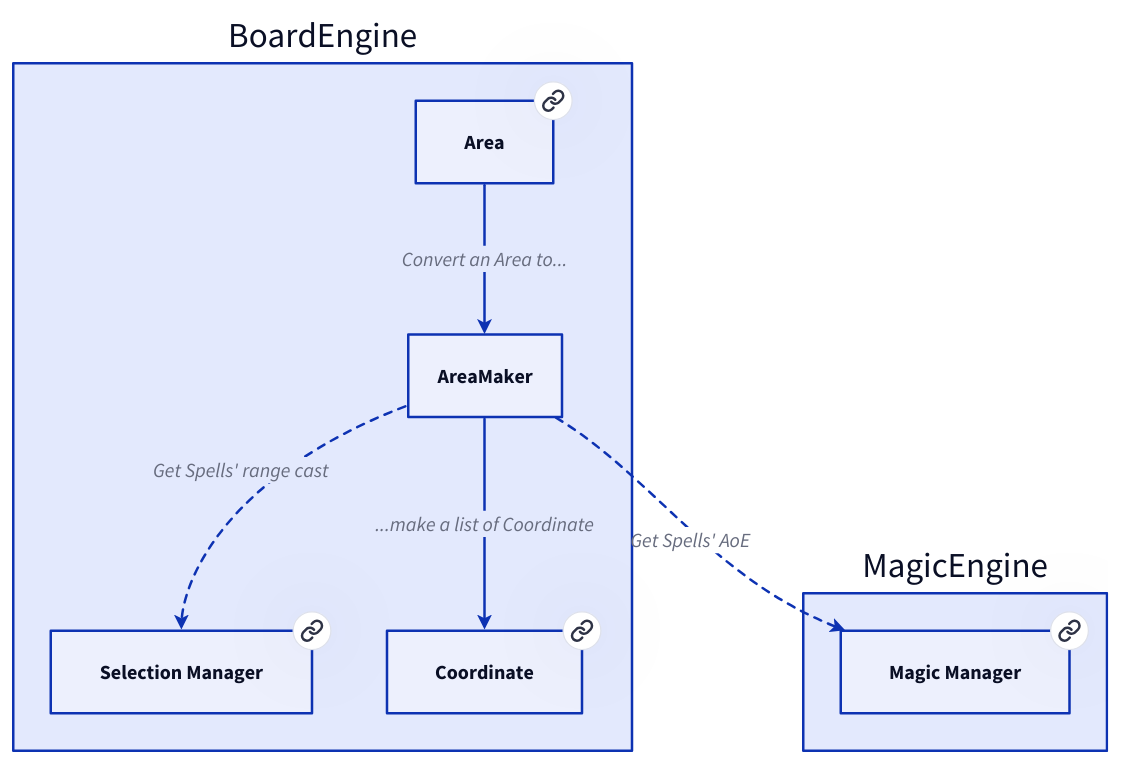
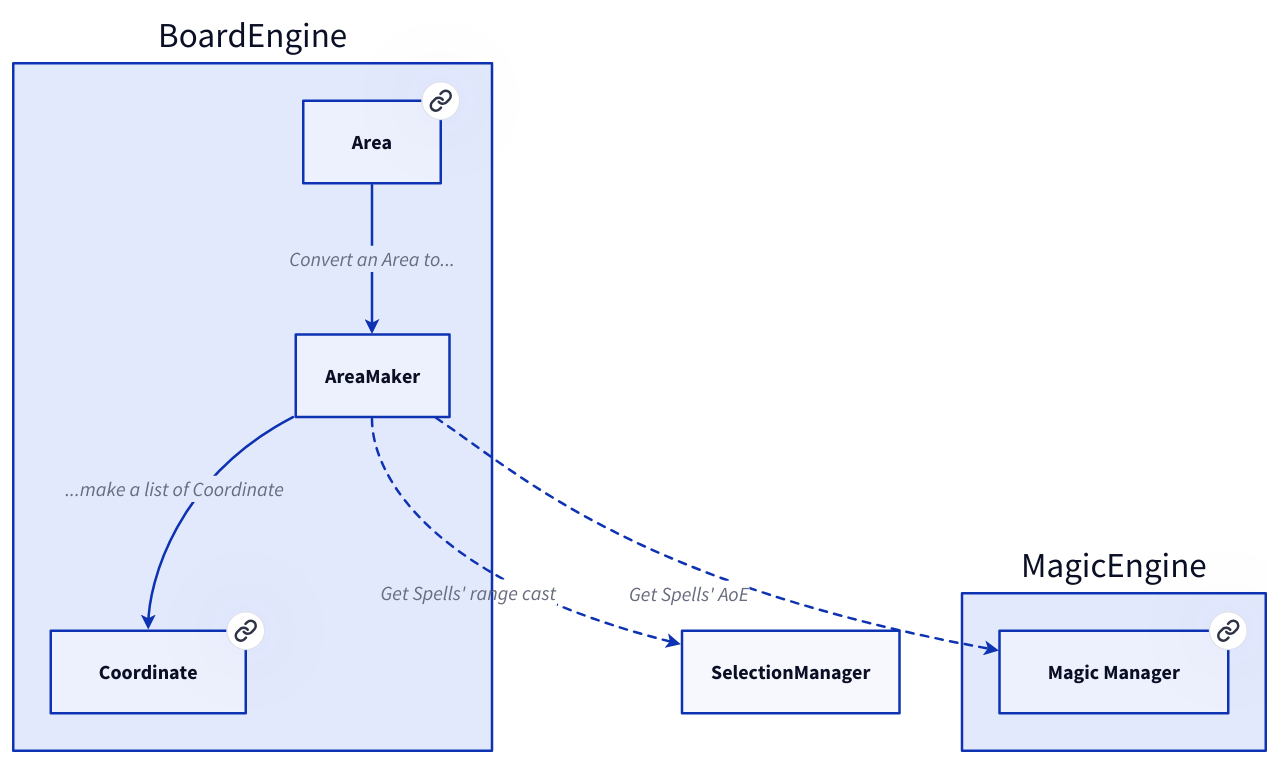
One commit to Portevent/Brume-Documentation changed the diagram in doc/graphs/d2/AreaMaker.d2. Above: the diagram before and after it, drawn with D2. The commit also changed 226 other files, not shown here.

```diff
--- a/doc/graphs/d2/AreaMaker.d2
+++ b/doc/graphs/d2/AreaMaker.d2
@@ -1,35 +1,32 @@
 # Nodes :
 BoardEngine: {
-    SelectionManager: Selection Manager {
-       link: SelectionManager
-    }
     Area: Area {
        link: Area
     }
     Coordinate: Coordinate {
        link: Coordinate
     }
 }
 MagicEngine: {
     MagicManager: Magic Manager {
        link: MagicManager
     }
 }
 
 # Links :
 BoardEngine.AreaMaker -> BoardEngine.Coordinate: ...make a list of Coordinate {
 source-arrowhead: {}
 target-arrowhead: {shape: arrow}
 }
 BoardEngine.Area -> BoardEngine.AreaMaker: Convert an Area to... {
 source-arrowhead: {}
 target-arrowhead: {shape: arrow}
 }
 BoardEngine.AreaMaker -> MagicEngine.MagicManager: Get Spells' AoE {style.stroke-dash: 3
 source-arrowhead: {}
 target-arrowhead: {shape: arrow}
 }
-BoardEngine.AreaMaker -> BoardEngine.SelectionManager: Get Spells' range cast {style.stroke-dash: 3
+BoardEngine.AreaMaker -> SelectionManager: Get Spells' range cast {style.stroke-dash: 3
 source-arrowhead: {}
 target-arrowhead: {shape: arrow}
 }
```
